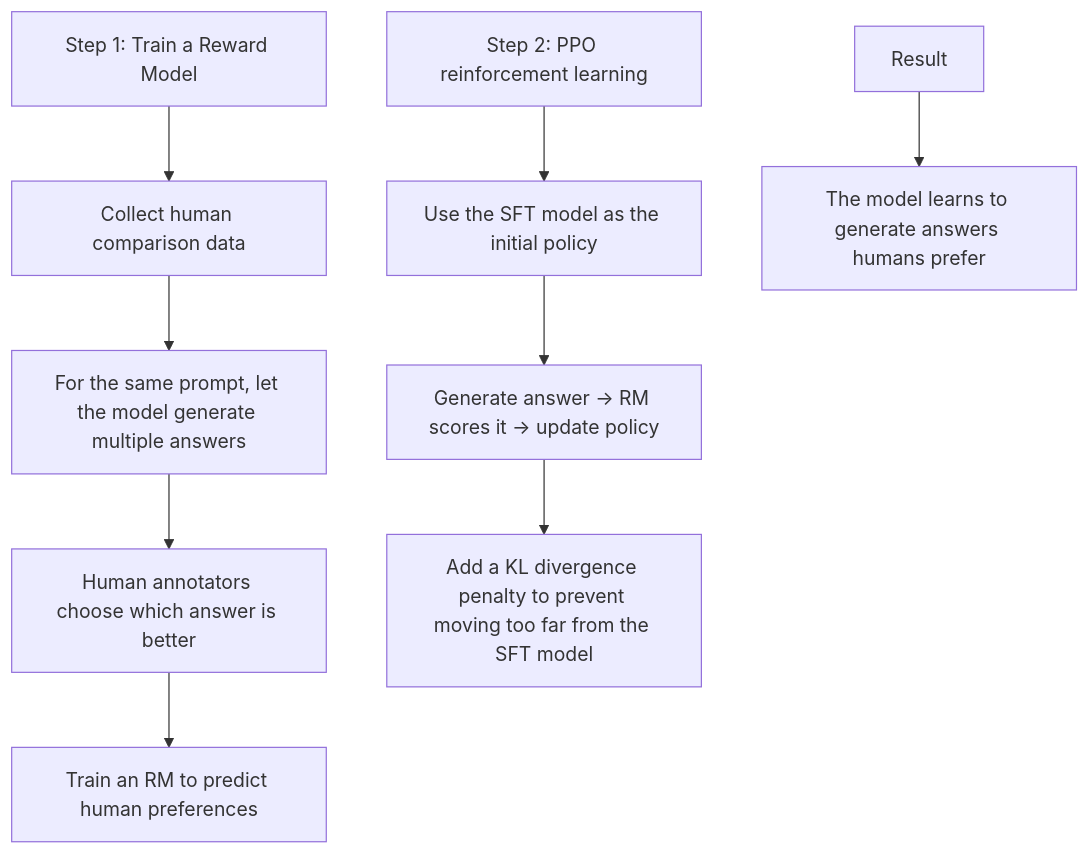
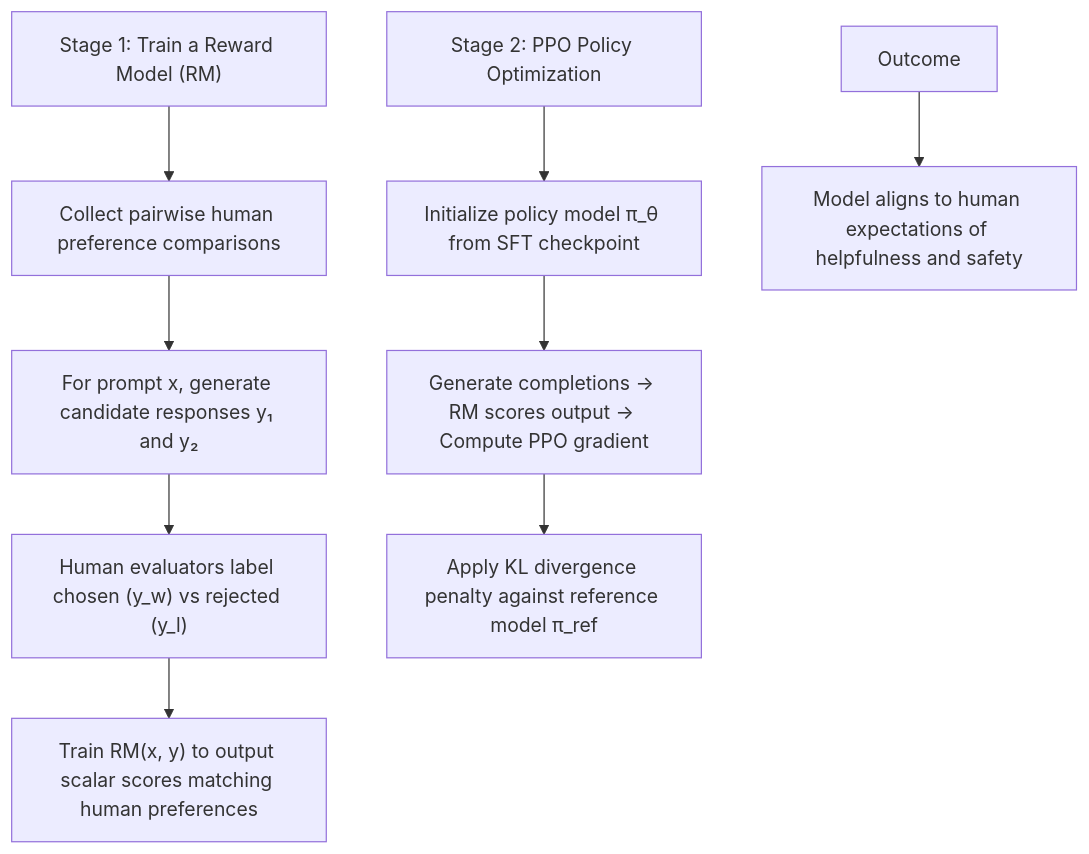
One commit to yingwang/thinking-in-llm changed the first of 7 diagrams in en/chapters/04-alignment.md. Above: the diagram before and after it, drawn with Mermaid. The commit also changed other lines of this file and 31 other files, not shown here.

````diff
--- a/en/chapters/04-alignment.md
+++ b/en/chapters/04-alignment.md
@@ -173,13 +170,13 @@
 ```mermaid
 graph TD
-    A["Step 1: Train a Reward Model"] --> B["Collect human comparison data"]
-    B --> C["For the same prompt, let the model generate multiple answers"]
-    C --> D["Human annotators choose which answer is better"]
-    D --> E["Train an RM to predict human preferences"]
+    A["Stage 1: Train a Reward Model (RM)"] --> B["Collect pairwise human preference comparisons"]
+    B --> C["For prompt x, generate candidate responses y₁ and y₂"]
+    C --> D["Human evaluators label chosen (y_w) vs rejected (y_l)"]
+    D --> E["Train RM(x, y) to output scalar scores matching human preferences"]
 
-    F["Step 2: PPO reinforcement learning"] --> G["Use the SFT model as the initial policy"]
-    G --> H["Generate answer -> RM scores it -> update policy"]
-    H --> I["Add a KL divergence penalty to prevent moving too far from the SFT model"]
+    F["Stage 2: PPO Policy Optimization"] --> G["Initialize policy model π_θ from SFT checkpoint"]
+    G --> H["Generate completions -> RM scores output -> Compute PPO gradient"]
+    H --> I["Apply KL divergence penalty against reference model π_ref"]
 
-    J["Result"] --> K["The model learns to generate answers humans prefer"]
+    J["Outcome"] --> K["Model aligns to human expectations of helpfulness and safety"]
 ```
````
